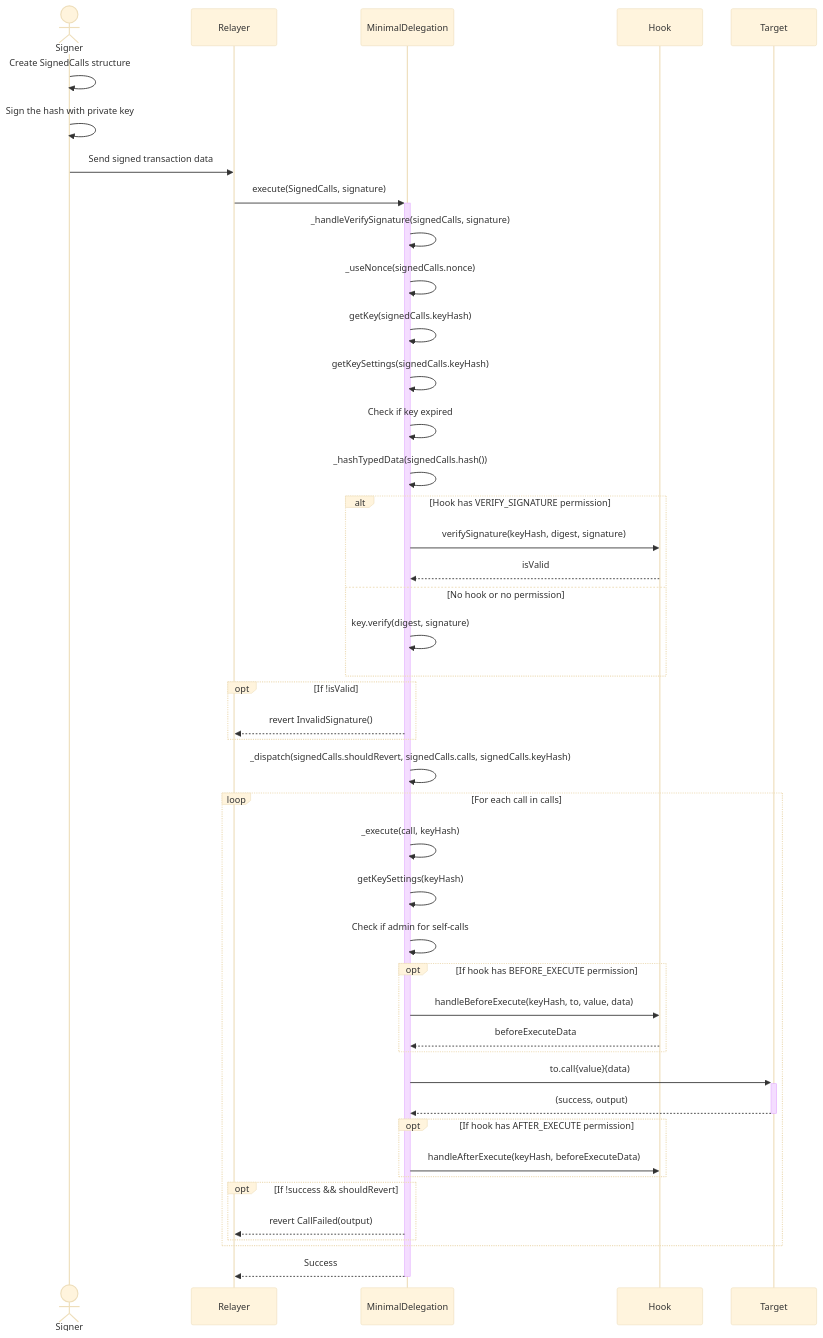
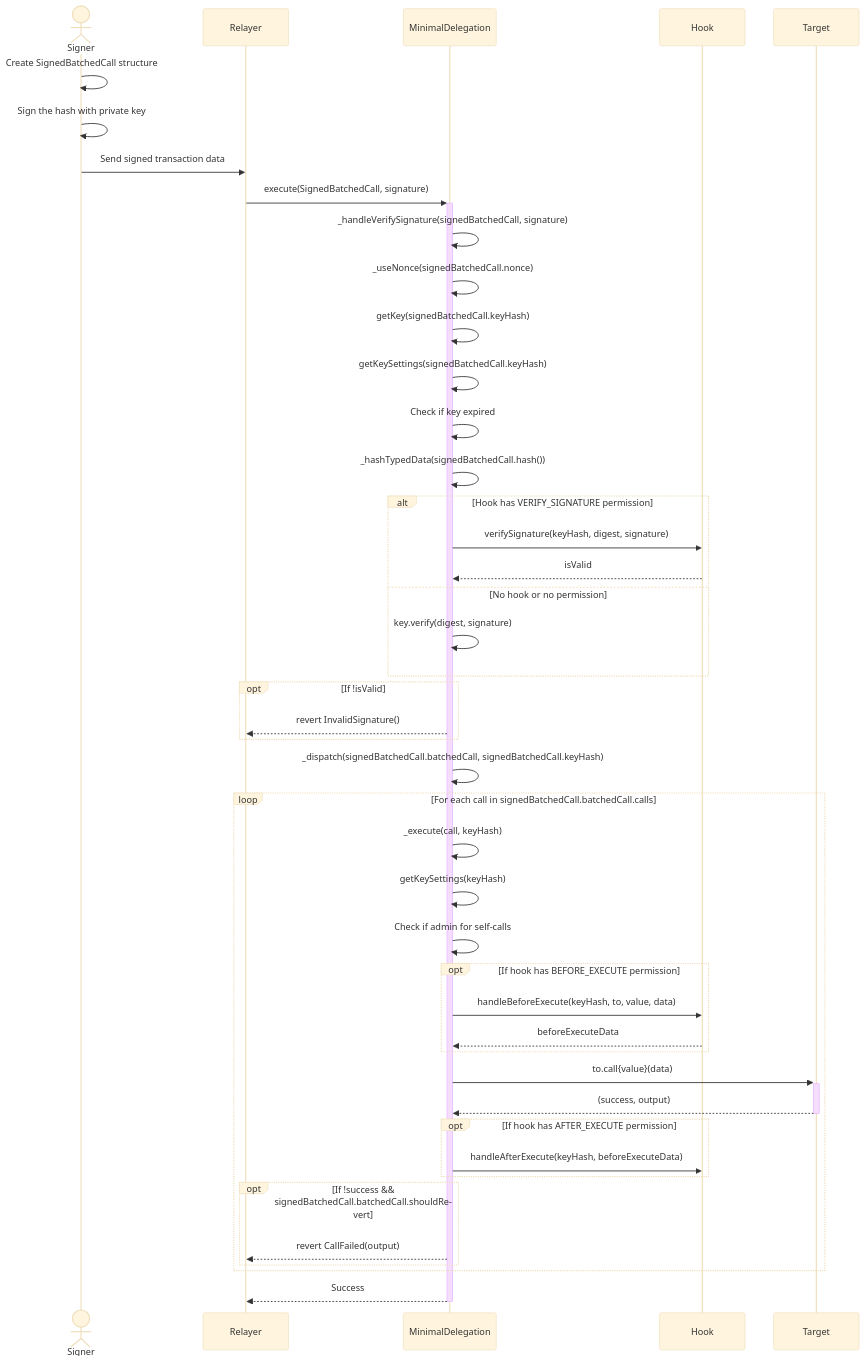
One commit to Uniswap/minimal-delegation changed the third of 6 diagrams in README.md. Above: the diagram before and after it, drawn with Mermaid (base theme). The commit also changed other lines of this file and 3 other files, not shown here.

````diff
--- a/README.md
+++ b/README.md
@@ -81,56 +81,56 @@
 ```mermaid
 sequenceDiagram
     actor Signer
     participant Relayer
     participant Account as MinimalDelegation
     participant Hook
     participant Target
     
-    Signer->>Signer: Create SignedCalls structure
+    Signer->>Signer: Create SignedBatchedCall structure
     Signer->>Signer: Sign the hash with private key
     Signer->>Relayer: Send signed transaction data
-    Relayer->>+Account: execute(SignedCalls, signature)
-    Account->>Account: _handleVerifySignature(signedCalls, signature)
-    Account->>Account: _useNonce(signedCalls.nonce)
-    Account->>Account: getKey(signedCalls.keyHash)
-    Account->>Account: getKeySettings(signedCalls.keyHash)
+    Relayer->>+Account: execute(SignedBatchedCall, signature)
+    Account->>Account: _handleVerifySignature(signedBatchedCall, signature)
+    Account->>Account: _useNonce(signedBatchedCall.nonce)
+    Account->>Account: getKey(signedBatchedCall.keyHash)
+    Account->>Account: getKeySettings(signedBatchedCall.keyHash)
     Account->>Account: Check if key expired
-    Account->>Account: _hashTypedData(signedCalls.hash())
+    Account->>Account: _hashTypedData(signedBatchedCall.hash())
     
     alt Hook has VERIFY_SIGNATURE permission
         Account->>Hook: verifySignature(keyHash, digest, signature)
         Hook-->>Account: isValid
     else No hook or no permission
         Account->>Account: key.verify(digest, signature)
     end
     
     opt If !isValid
         Account-->>Relayer: revert InvalidSignature()
     end
     
-    Account->>Account: _dispatch(signedCalls.shouldRevert, signedCalls.calls, signedCalls.keyHash)
+    Account->>Account: _dispatch(signedBatchedCall.batchedCall, signedBatchedCall.keyHash)
     
-    loop For each call in calls
+    loop For each call in signedBatchedCall.batchedCall.calls
         Account->>Account: _execute(call, keyHash)
         Account->>Account: getKeySettings(keyHash)
         Account->>Account: Check if admin for self-calls
         
         opt If hook has BEFORE_EXECUTE permission
             Account->>Hook: handleBeforeExecute(keyHash, to, value, data)
             Hook-->>Account: beforeExecuteData
         end
         
         Account->>+Target: to.call{value}(data)
         Target-->>-Account: (success, output)
         
         opt If hook has AFTER_EXECUTE permission
             Account->>Hook: handleAfterExecute(keyHash, beforeExecuteData)
         end
         
-        opt If !success && shouldRevert
+        opt If !success && signedBatchedCall.batchedCall.shouldRevert
             Account-->>Relayer: revert CallFailed(output)
         end
     end
     
     Account-->>-Relayer: Success
 ```
````
